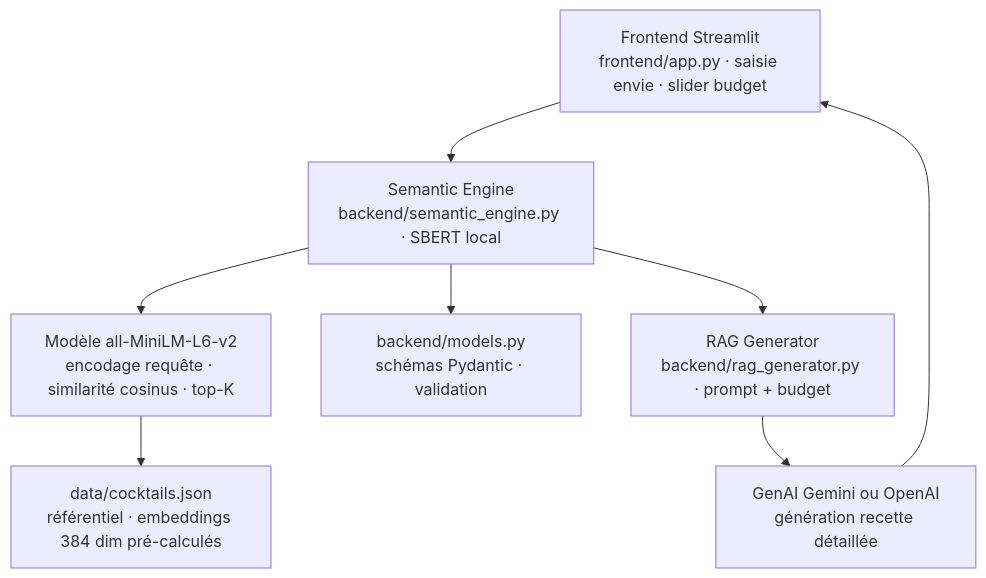
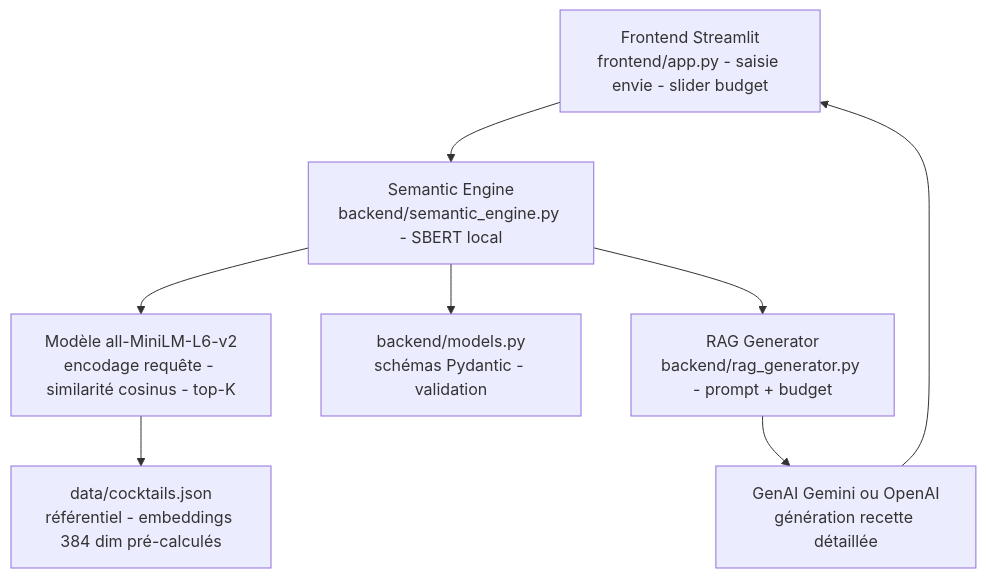
One commit to Adam-Blf/AISCA-Cocktails changed the diagram in README.md. Above: the diagram before and after it, drawn with Mermaid. The commit also changed other lines of this file, not shown here.

Commit message:
docs: typography pass, no em dash or middle dot (#1)

````diff
--- a/README.md
+++ b/README.md
@@ -26,18 +26,18 @@
 ```mermaid
 flowchart TB
-    UI["Frontend Streamlit<br/>frontend/app.py · saisie envie · slider budget"]
-    ENG["Semantic Engine<br/>backend/semantic_engine.py · SBERT local"]
-    SBERT["Modèle all-MiniLM-L6-v2<br/>encodage requête · similarité cosinus · top-K"]
-    DATA["data/cocktails.json<br/>référentiel · embeddings 384 dim pré-calculés"]
-    MODELS["backend/models.py<br/>schémas Pydantic · validation"]
-    RAG["RAG Generator<br/>backend/rag_generator.py · prompt + budget"]
+    UI["Frontend Streamlit<br/>frontend/app.py - saisie envie - slider budget"]
+    ENG["Semantic Engine<br/>backend/semantic_engine.py - SBERT local"]
+    SBERT["Modèle all-MiniLM-L6-v2<br/>encodage requête - similarité cosinus - top-K"]
+    DATA["data/cocktails.json<br/>référentiel - embeddings 384 dim pré-calculés"]
+    MODELS["backend/models.py<br/>schémas Pydantic - validation"]
+    RAG["RAG Generator<br/>backend/rag_generator.py - prompt + budget"]
     LLM["GenAI Gemini ou OpenAI<br/>génération recette détaillée"]
 
     UI --> ENG
     ENG --> SBERT
     SBERT --> DATA
     ENG --> MODELS
     ENG --> RAG
     RAG --> LLM
     LLM --> UI
 ```
````
